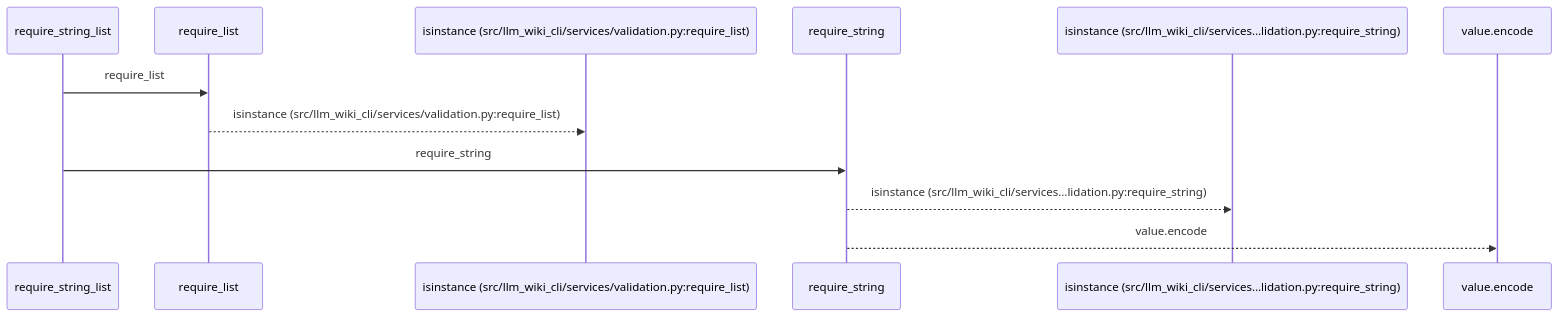
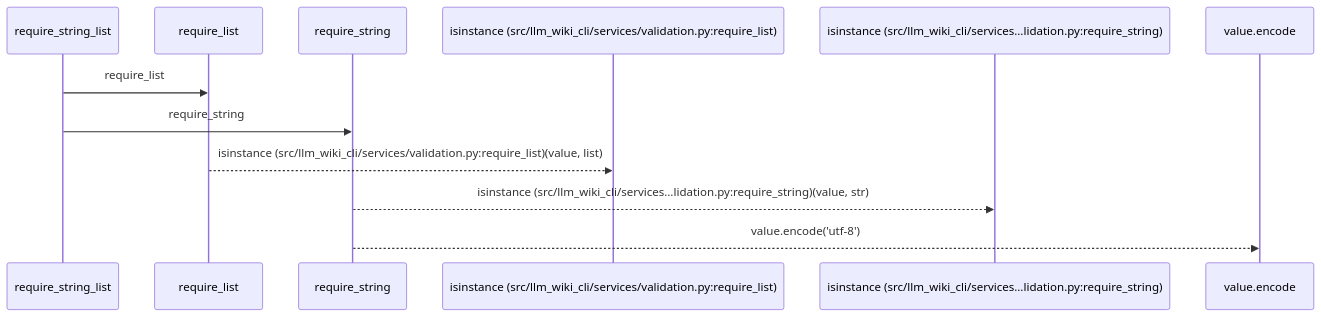
One commit to Denissvgn/python-wiki-llm changed the first of 2 diagrams in docs/llm_wiki/flows/api-require_string_list.md. Above: the diagram before and after it, drawn with Mermaid. The commit also changed other lines of this file and 1410 other files, not shown here.

````diff
--- a/docs/llm_wiki/flows/api-require_string_list.md
+++ b/docs/llm_wiki/flows/api-require_string_list.md
@@ -10,14 +12,14 @@
 ```mermaid
 sequenceDiagram
     participant p0 as require_string_list
     participant p1 as require_list
-    participant p2 as isinstance (src/llm_wiki_cli/services/validation.py:require_list)
-    participant p3 as require_string
+    participant p2 as require_string
+    participant p3 as isinstance (src/llm_wiki_cli/services/validation.py:require_list)
     participant p4 as isinstance (src/llm_wiki_cli/services…lidation.py:require_string)
     participant p5 as value.encode
     p0->>p1: require_list
-    p1-->>p2: isinstance (src/llm_wiki_cli/services/validation.py:require_list)
-    p0->>p3: require_string
-    p3-->>p4: isinstance (src/llm_wiki_cli/services…lidation.py:require_string)
-    p3-->>p5: value.encode
+    p0->>p2: require_string
+    p1-->>p3: isinstance (src/llm_wiki_cli/services/validation.py:require_list)(value, list)
+    p2-->>p4: isinstance (src/llm_wiki_cli/services…lidation.py:require_string)(value, str)
+    p2-->>p5: value.encode('utf-8')
 ```
````
